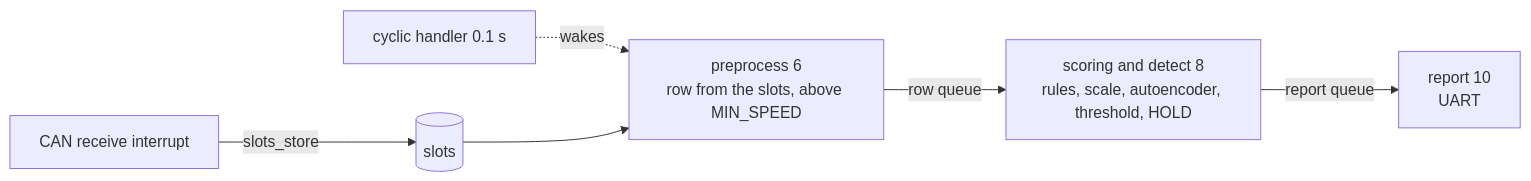
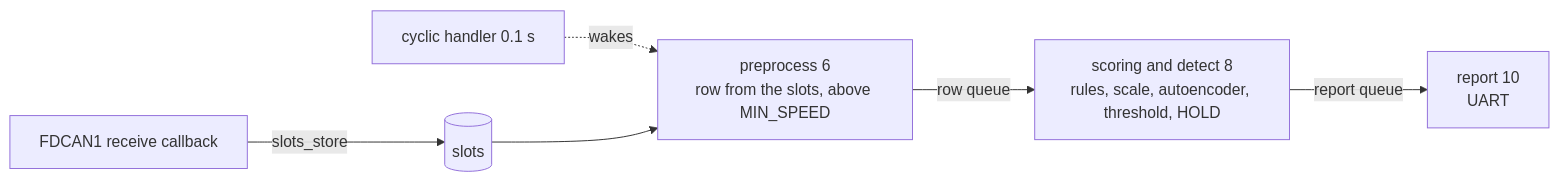
Before and after one commit to asana17/ai_can_anomaly_detection: the diagram in board/application/ai_can_anomaly_detection/README.md, drawn with Mermaid. The commit also changed other lines of this file and 2 other files, not shown here.

Commit message:
feat(board): receive FDCAN1 frames into the slots

````diff
--- a/board/application/ai_can_anomaly_detection/README.md
+++ b/board/application/ai_can_anomaly_detection/README.md
@@ -12,8 +12,8 @@
 ```mermaid
 flowchart LR
-    irq[CAN receive interrupt] -- slots_store --> slots[(slots)]
+    irq["FDCAN1 receive callback"] -- slots_store --> slots[(slots)]
     tick[cyclic handler 0.1 s] -. wakes .-> pre
     slots --> pre["preprocess 6<br/>row from the slots, above MIN_SPEED"]
     pre -- row queue --> sd["scoring and detect 8<br/>rules, scale, autoencoder, threshold, HOLD"]
     sd -- report queue --> report["report 10<br/>UART"]
 ```
````
